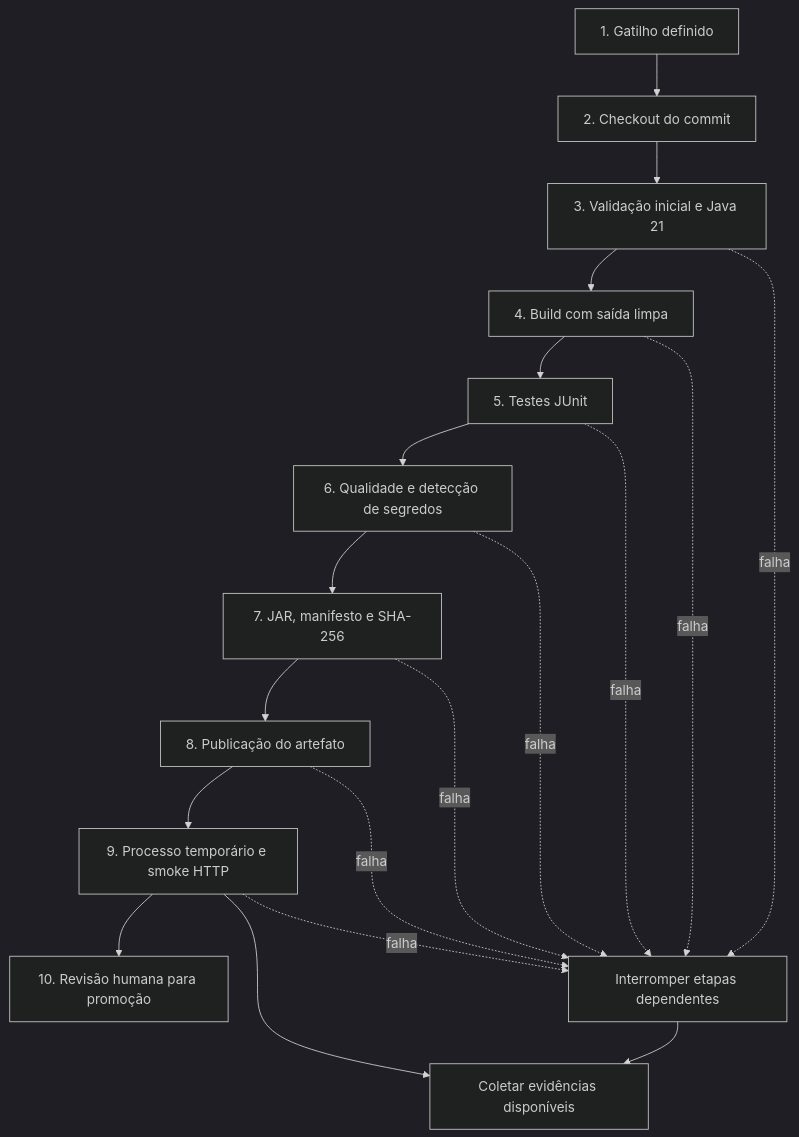
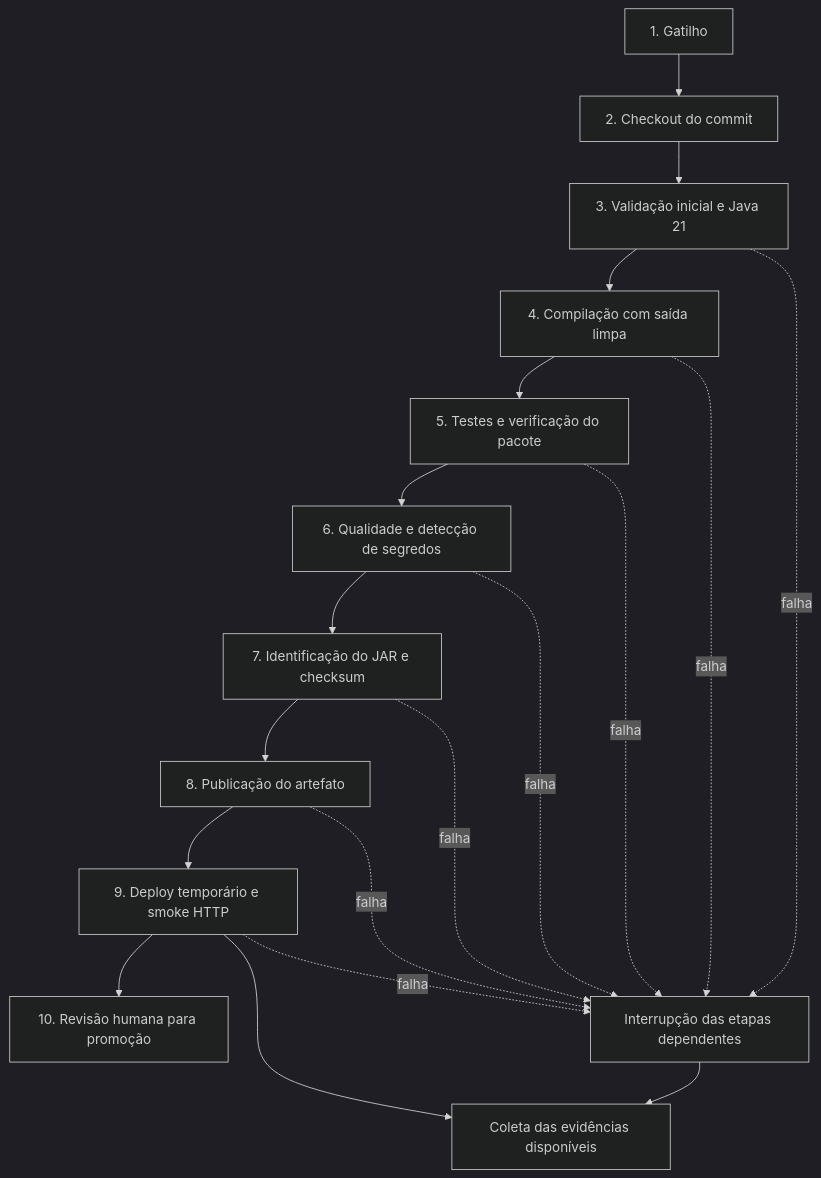
The diagram in docs/TRABALHO-5.md (Rafaelcolombo23/biblioteca-ci-t5), drawn with Mermaid (dark theme) before and after one commit. The commit also changed other lines of this file and 2 other files, not shown here.

````diff
--- a/docs/TRABALHO-5.md
+++ b/docs/TRABALHO-5.md
@@ -44,21 +26,21 @@
 ```mermaid
 flowchart TD
-  A[1. Gatilho definido] --> B[2. Checkout do commit]
+  A[1. Gatilho] --> B[2. Checkout do commit]
   B --> C[3. Validação inicial e Java 21]
-  C --> D[4. Build com saída limpa]
-  D --> E[5. Testes JUnit]
+  C --> D[4. Compilação com saída limpa]
+  D --> E[5. Testes e verificação do pacote]
   E --> F[6. Qualidade e detecção de segredos]
-  F --> G[7. JAR, manifesto e SHA-256]
+  F --> G[7. Identificação do JAR e checksum]
   G --> H[8. Publicação do artefato]
-  H --> I[9. Processo temporário e smoke HTTP]
+  H --> I[9. Deploy temporário e smoke HTTP]
   I --> J[10. Revisão humana para promoção]
-  C -. falha .-> X[Interromper etapas dependentes]
+  C -. falha .-> X[Interrupção das etapas dependentes]
   D -. falha .-> X
   E -. falha .-> X
   F -. falha .-> X
   G -. falha .-> X
   H -. falha .-> X
   I -. falha .-> X
-  X --> L[Coletar evidências disponíveis]
+  X --> L[Coleta das evidências disponíveis]
   I --> L
 ```
````
